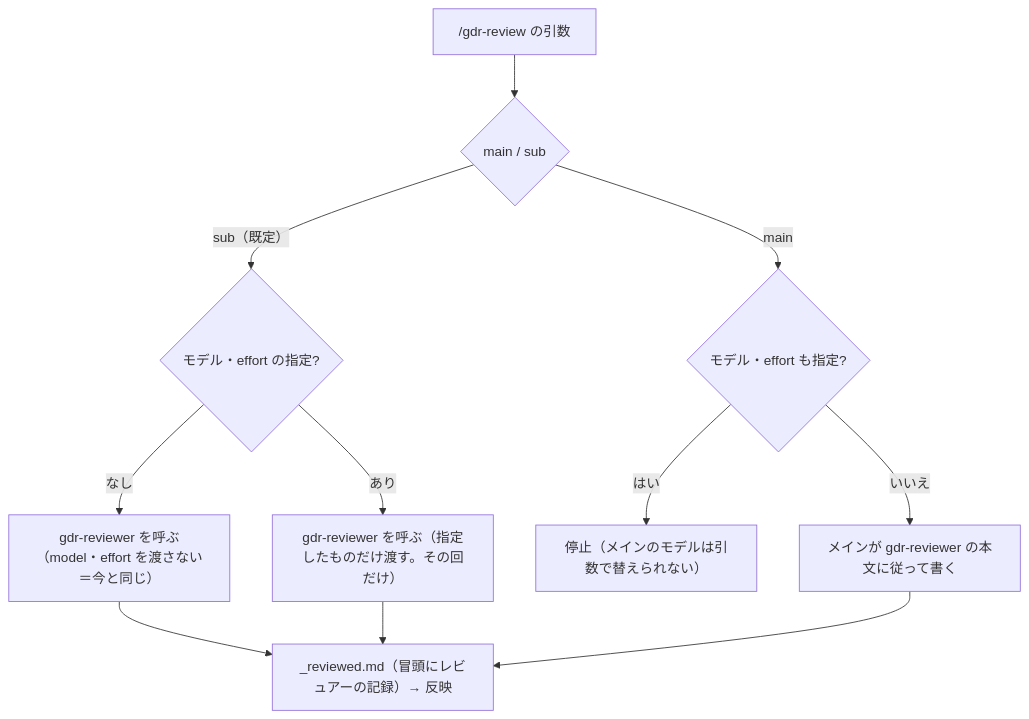
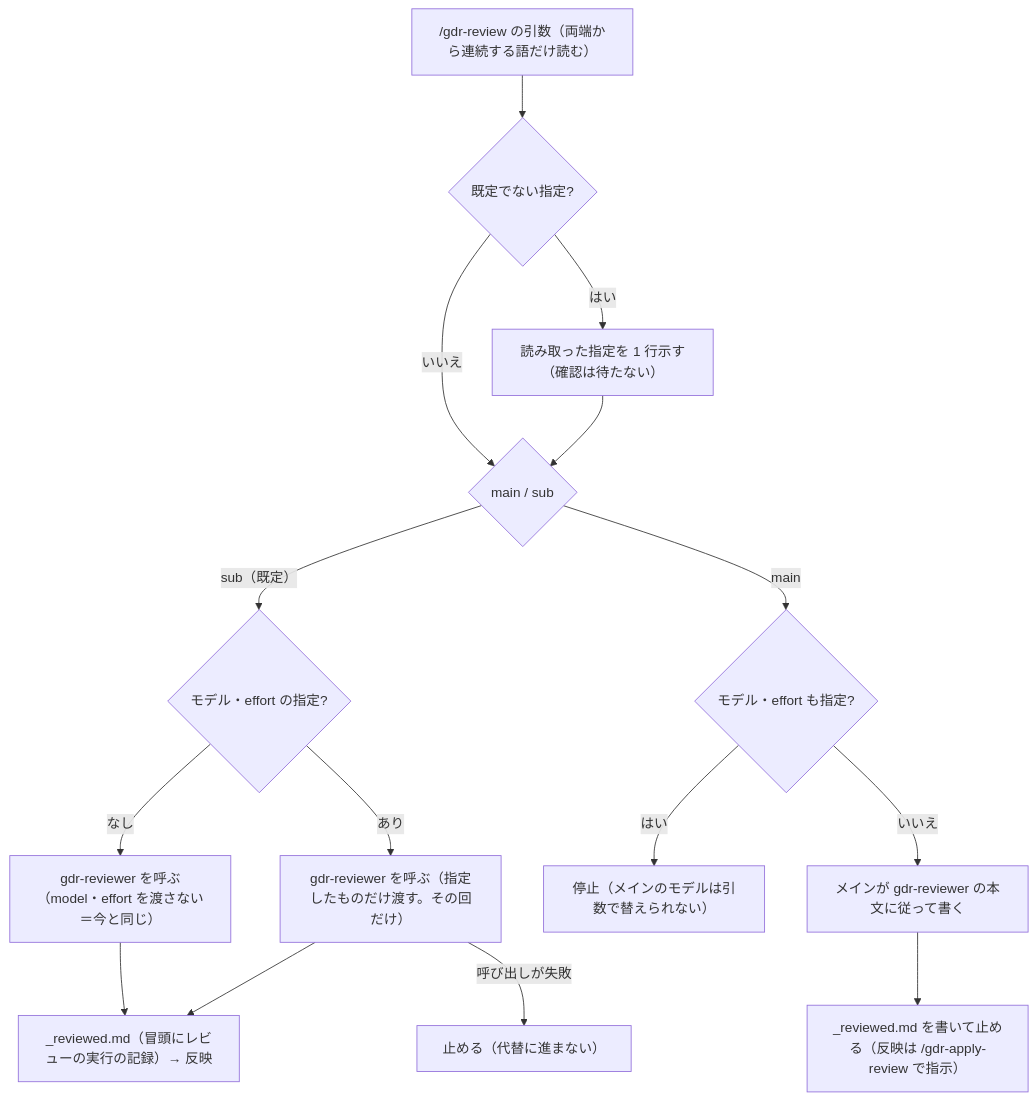
The diagram in docs/ja/91_demo_buildup_documents.md/kaizen/18_レビューの実行者とモデルの引数指定提案.md (yoshinag/general-decision-record), drawn with Mermaid before and after one commit. The commit also changed other lines of this file, not shown here.

Commit message:
docs(kaizen): apply review to proposal 018 (GDR-META-043)

````diff
--- a/docs/ja/91_demo_buildup_documents.md/kaizen/18_レビューの実行者とモデルの引数指定提案.md
+++ b/docs/ja/91_demo_buildup_documents.md/kaizen/18_レビューの実行者とモデルの引数指定提案.md
@@ -71,13 +94,17 @@
 ```mermaid
 flowchart TD
-  A["/gdr-review の引数"] --> R{"main / sub"}
+  A["/gdr-review の引数（両端から連続する語だけ読む）"] --> P{"既定でない指定?"}
+  P -->|はい| SHOW["読み取った指定を 1 行示す（確認は待たない）"]
+  P -->|いいえ| R
+  SHOW --> R{"main / sub"}
   R -->|sub（既定）| M{"モデル・effort の指定?"}
   M -->|なし| D["gdr-reviewer を呼ぶ（model・effort を渡さない＝今と同じ）"]
   M -->|あり| S["gdr-reviewer を呼ぶ（指定したものだけ渡す。その回だけ）"]
+  S -->|呼び出しが失敗| STOP2["止める（代替に進まない）"]
   R -->|main| X{"モデル・effort も指定?"}
   X -->|はい| STOP["停止（メインのモデルは引数で替えられない）"]
   X -->|いいえ| MAIN["メインが gdr-reviewer の本文に従って書く"]
-  D --> W["_reviewed.md（冒頭にレビュアーの記録）→ 反映"]
+  D --> W["_reviewed.md（冒頭にレビューの実行の記録）→ 反映"]
   S --> W
-  MAIN --> W
+  MAIN --> H["_reviewed.md を書いて止める（反映は /gdr-apply-review で指示）"]
 ```
````
